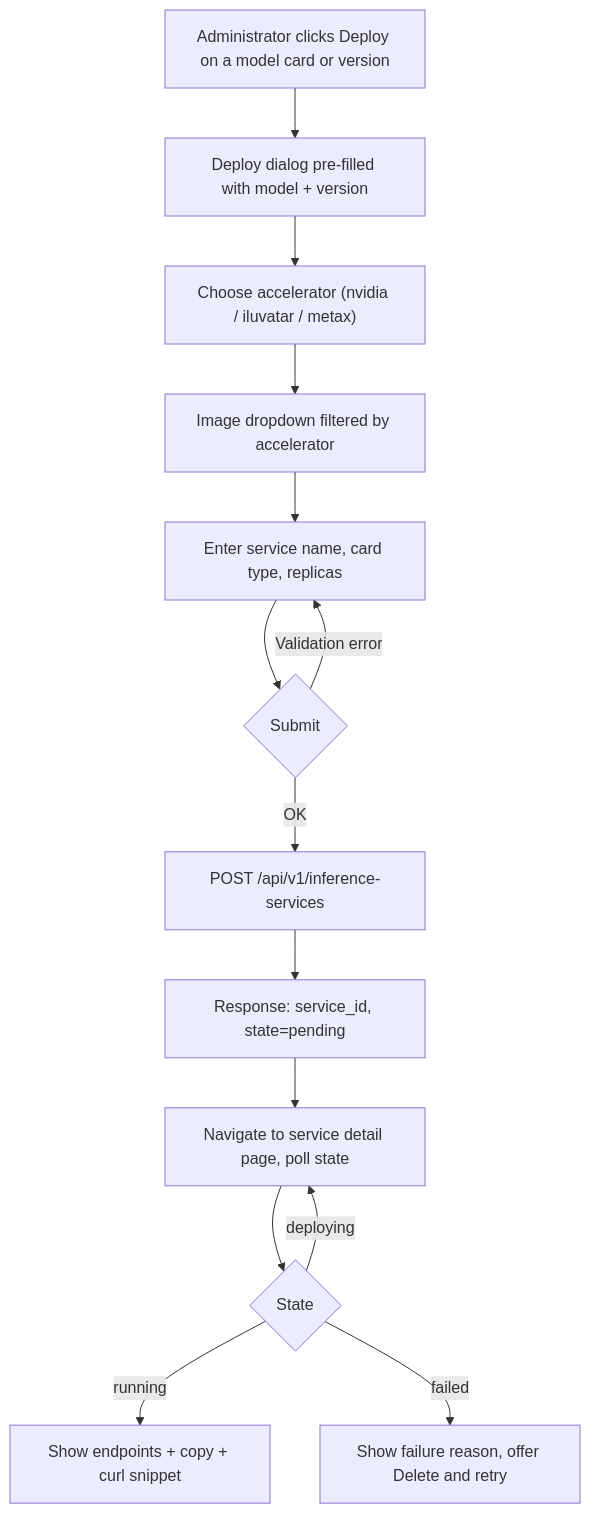
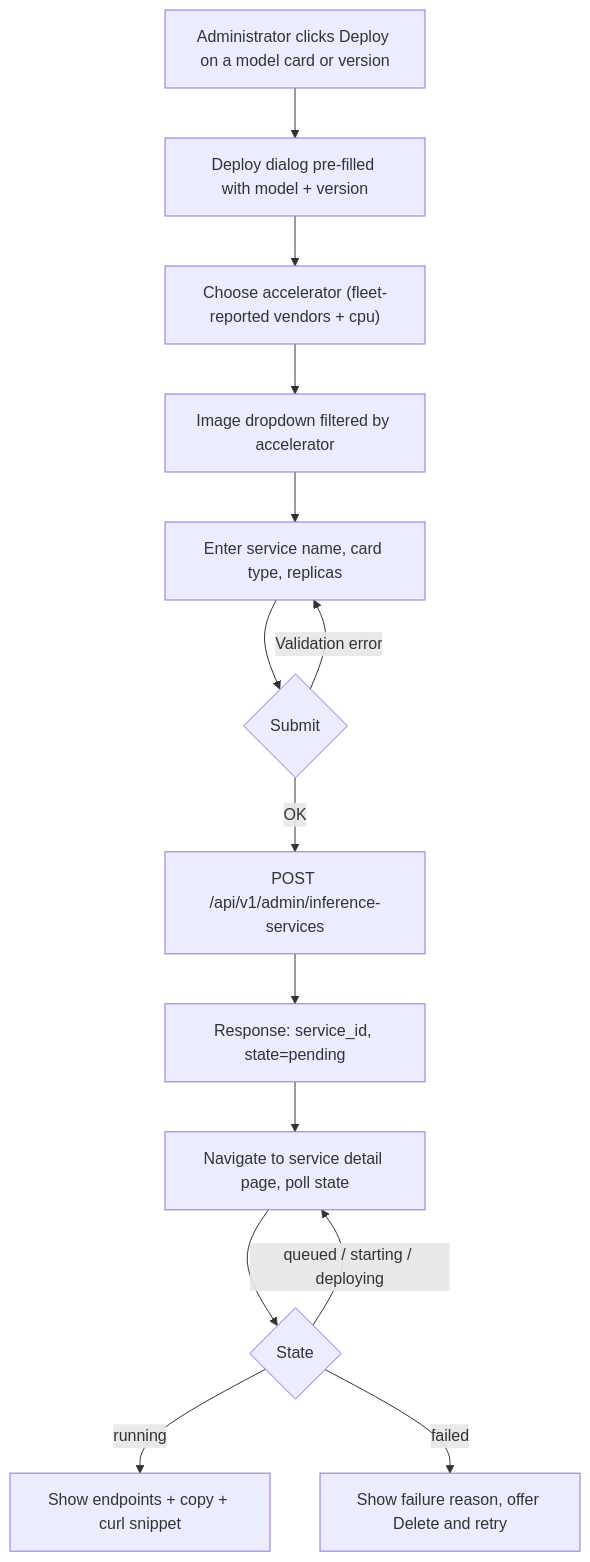
Before and after one commit to go-taas/go-taas: the second of 4 diagrams in site/docs/design/model-catalog-deployment.md, drawn with Mermaid. The commit also changed other lines of this file and 41 other files, not shown here.

````diff
--- a/site/docs/design/model-catalog-deployment.md
+++ b/site/docs/design/model-catalog-deployment.md
@@ -174,16 +174,16 @@
 ```mermaid
 flowchart TD
     A["Administrator clicks Deploy on a model card or version"] --> B["Deploy dialog pre-filled with model + version"]
-    B --> C["Choose accelerator (nvidia / iluvatar / metax)"]
+    B --> C["Choose accelerator (fleet-reported vendors + cpu)"]
     C --> D["Image dropdown filtered by accelerator"]
     D --> E["Enter service name, card type, replicas"]
     E --> F{Submit}
     F -->|Validation error| E
-    F -->|OK| G["POST /api/v1/inference-services"]
+    F -->|OK| G["POST /api/v1/admin/inference-services"]
     G --> H["Response: service_id, state=pending"]
     H --> I["Navigate to service detail page, poll state"]
     I --> J{State}
-    J -->|deploying| I
+    J -->|queued / starting / deploying| I
     J -->|running| K["Show endpoints + copy + curl snippet"]
     J -->|failed| L["Show failure reason, offer Delete and retry"]
 ```
````
